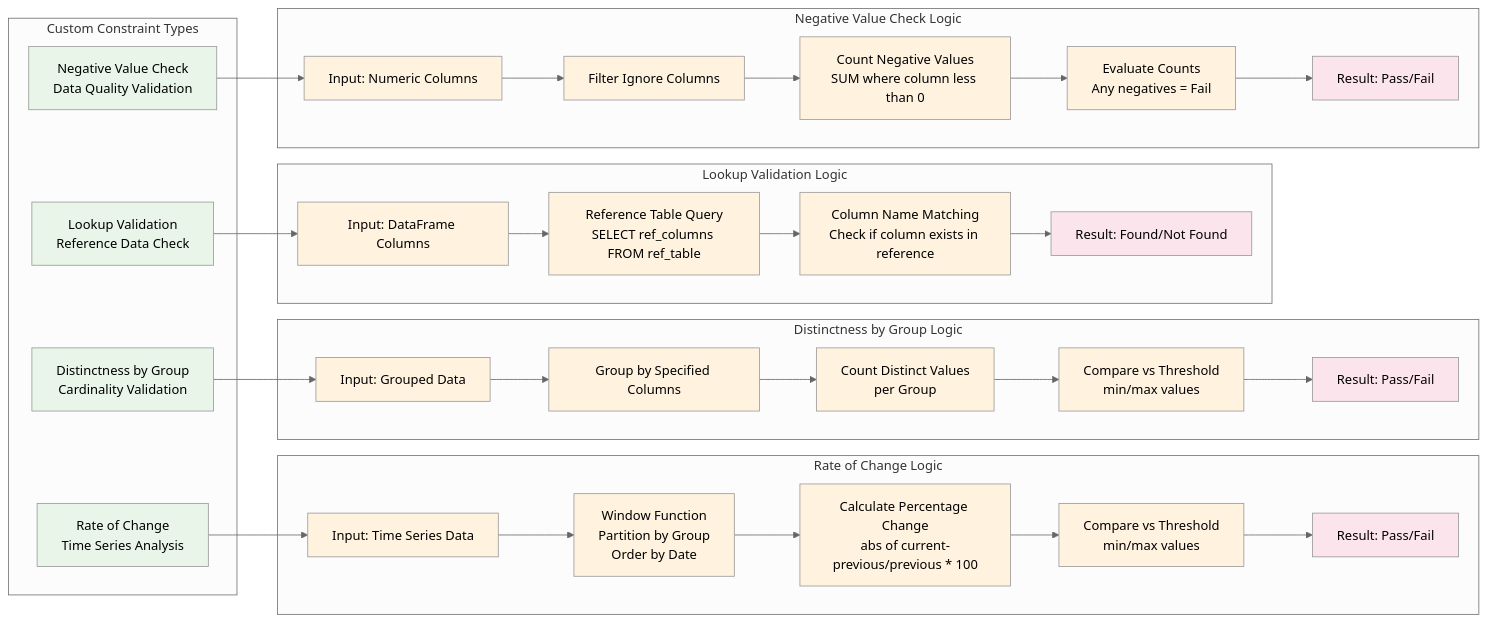
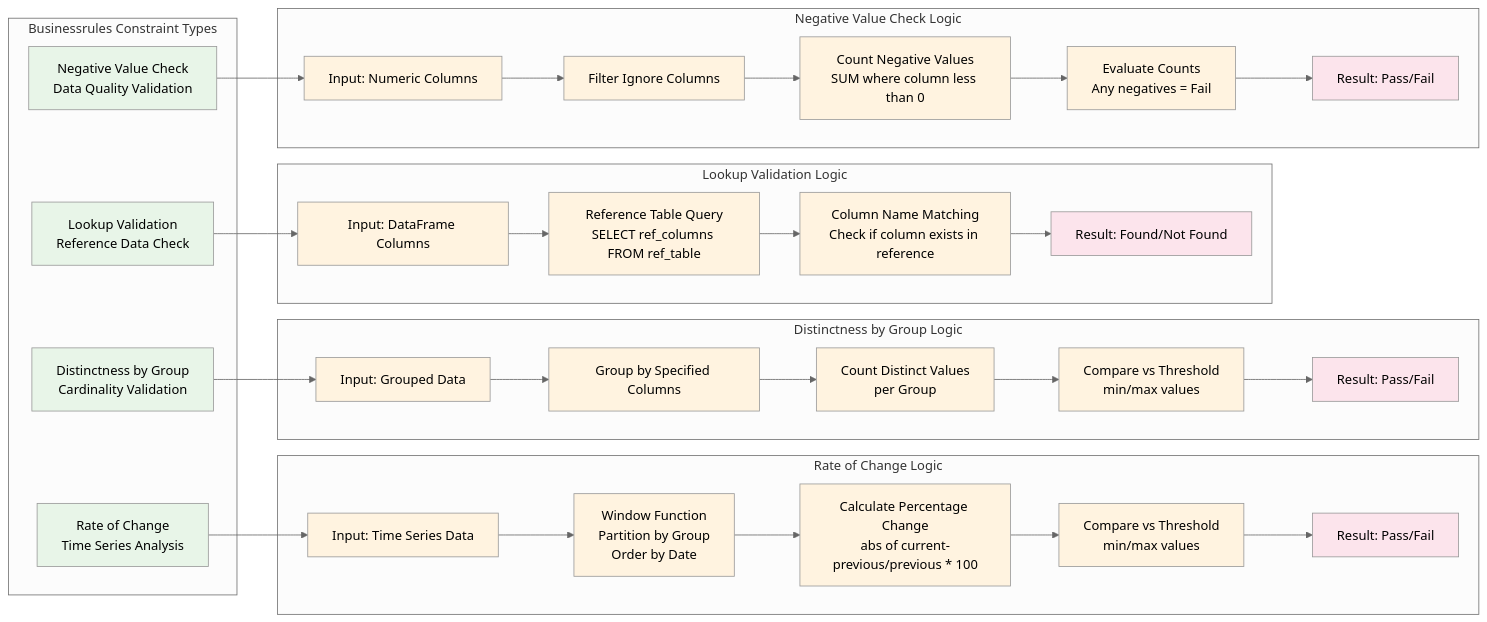
The diagram in docs/diagrams/custom-constraints.mmd (anvai-labs/dq-kernel), drawn with Mermaid (neutral theme) before and after one commit. The commit also changed 26 other files, not shown here.

```diff
--- a/docs/diagrams/custom-constraints.mmd
+++ b/docs/diagrams/custom-constraints.mmd
@@ -1,69 +1,69 @@
 graph LR
-    subgraph "Custom Constraint Types"
+    subgraph "Businessrules Constraint Types"
         RateOfChange[Rate of Change<br/>Time Series Analysis]
         DistinctnessByGroup[Distinctness by Group<br/>Cardinality Validation]
         LookupValidation[Lookup Validation<br/>Reference Data Check]
         NegativeValues[Negative Value Check<br/>Data Quality Validation]
     end
     
     subgraph "Rate of Change Logic"
         ROC_Input[Input: Time Series Data]
         ROC_Window[Window Function<br/>Partition by Group<br/>Order by Date]
         ROC_Calc[Calculate Percentage Change<br/>abs of current-previous/previous * 100]
         ROC_Threshold[Compare vs Threshold<br/>min/max values]
         ROC_Result[Result: Pass/Fail]
     end
     
     subgraph "Distinctness by Group Logic"
         DBG_Input[Input: Grouped Data]
         DBG_Group[Group by Specified Columns]
         DBG_Count[Count Distinct Values<br/>per Group]
         DBG_Threshold[Compare vs Threshold<br/>min/max values]
         DBG_Result[Result: Pass/Fail]
     end
     
     subgraph "Lookup Validation Logic"
         LV_Input[Input: DataFrame Columns]
         LV_Reference[Reference Table Query<br/>SELECT ref_columns FROM ref_table]
         LV_Compare[Column Name Matching<br/>Check if column exists in reference]
         LV_Result[Result: Found/Not Found]
     end
     
     subgraph "Negative Value Check Logic"
         NV_Input[Input: Numeric Columns]
         NV_Filter[Filter Ignore Columns]
         NV_Count[Count Negative Values<br/>SUM where column less than 0]
         NV_Evaluate[Evaluate Counts<br/>Any negatives = Fail]
         NV_Result[Result: Pass/Fail]
     end
     
     RateOfChange --> ROC_Input
     ROC_Input --> ROC_Window
     ROC_Window --> ROC_Calc
     ROC_Calc --> ROC_Threshold
     ROC_Threshold --> ROC_Result
     
     DistinctnessByGroup --> DBG_Input
     DBG_Input --> DBG_Group
     DBG_Group --> DBG_Count
     DBG_Count --> DBG_Threshold
     DBG_Threshold --> DBG_Result
     
     LookupValidation --> LV_Input
     LV_Input --> LV_Reference
     LV_Reference --> LV_Compare
     LV_Compare --> LV_Result
     
     NegativeValues --> NV_Input
     NV_Input --> NV_Filter
     NV_Filter --> NV_Count
     NV_Count --> NV_Evaluate
     NV_Evaluate --> NV_Result
     
     classDef constraintType fill:#e8f5e8
     classDef logicFlow fill:#fff3e0
     classDef resultNode fill:#fce4ec
     
     class RateOfChange,DistinctnessByGroup,LookupValidation,NegativeValues constraintType
     class ROC_Input,ROC_Window,ROC_Calc,ROC_Threshold,DBG_Input,DBG_Group,DBG_Count,DBG_Threshold,LV_Input,LV_Reference,LV_Compare,NV_Input,NV_Filter,NV_Count,NV_Evaluate logicFlow
     class ROC_Result,DBG_Result,LV_Result,NV_Result resultNode
```
